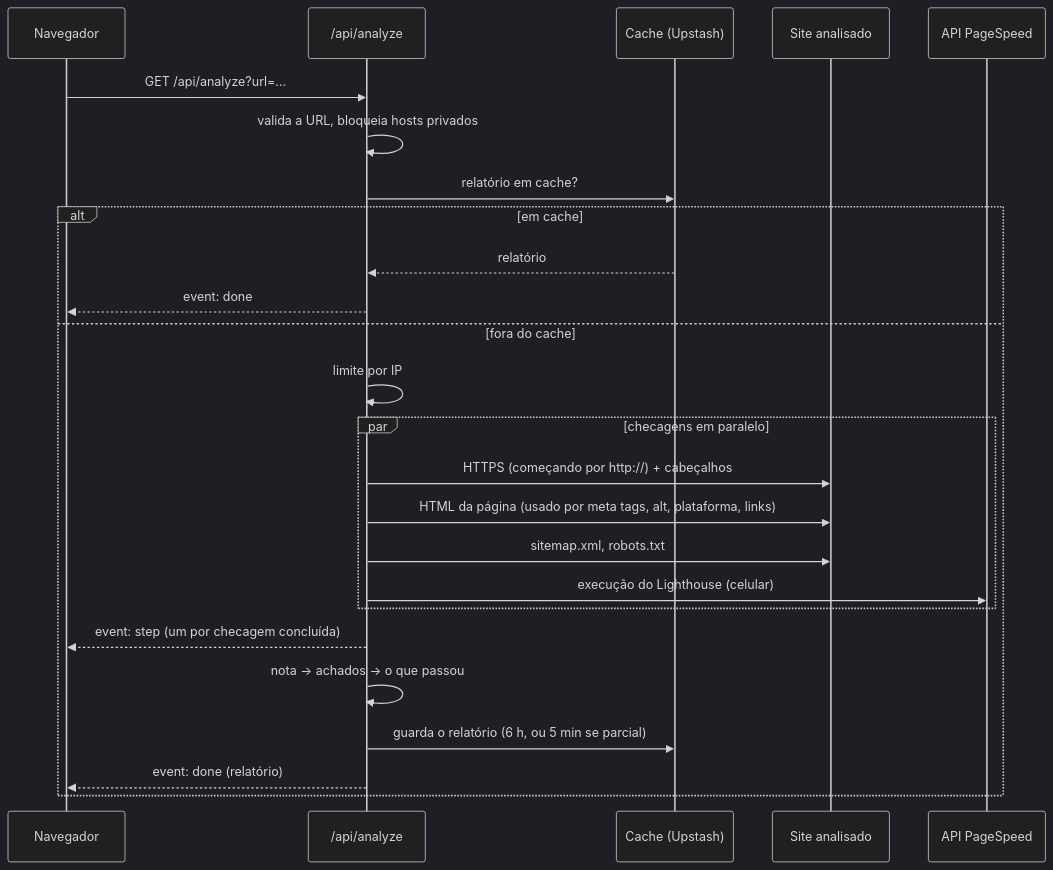
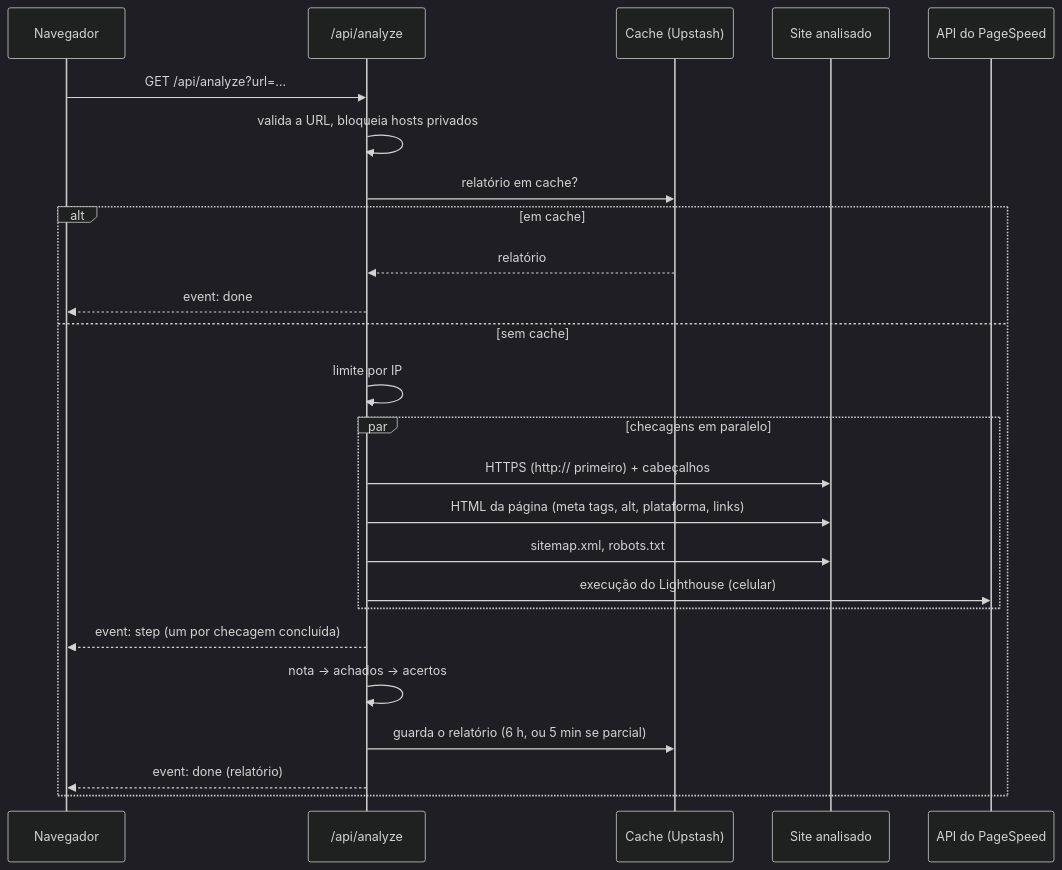
One commit to leodds21/Website-reviewer changed the diagram in docs/ARCHITECTURE.pt-BR.md. Above: the diagram before and after it, drawn with Mermaid (dark theme). The commit also changed other lines of this file and 1 other file, not shown here.

Commit message:
docs: update the architecture guide

````diff
--- a/docs/ARCHITECTURE.pt-BR.md
+++ b/docs/ARCHITECTURE.pt-BR.md
@@ -28,28 +28,28 @@
 ```mermaid
 sequenceDiagram
     participant B as Navegador
     participant R as /api/analyze
     participant C as Cache (Upstash)
     participant S as Site analisado
-    participant G as API PageSpeed
+    participant G as API do PageSpeed
 
     B->>R: GET /api/analyze?url=…
     R->>R: valida a URL, bloqueia hosts privados
     R->>C: relatório em cache?
     alt em cache
         C-->>R: relatório
         R-->>B: event: done
-    else fora do cache
+    else sem cache
         R->>R: limite por IP
         par checagens em paralelo
-            R->>S: HTTPS (começando por http://) + cabeçalhos
-            R->>S: HTML da página (usado por meta tags, alt, plataforma, links)
+            R->>S: HTTPS (http:// primeiro) + cabeçalhos
+            R->>S: HTML da página (meta tags, alt, plataforma, links)
             R->>S: sitemap.xml, robots.txt
             R->>G: execução do Lighthouse (celular)
         end
         R-->>B: event: step (um por checagem concluída)
-        R->>R: nota → achados → o que passou
+        R->>R: nota → achados → acertos
         R->>C: guarda o relatório (6 h, ou 5 min se parcial)
         R-->>B: event: done (relatório)
     end
 ```
````
